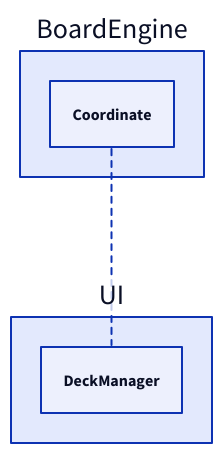
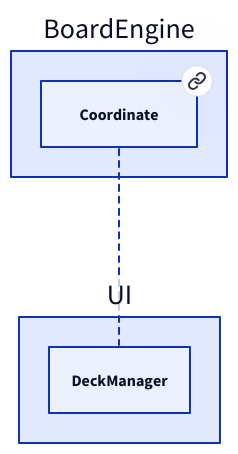
The diagram in doc/UI/DeckManager.md (Portevent/Brume-Documentation), drawn with D2 before and after one commit. The commit also changed 88 other files, not shown here.

````diff
--- a/doc/UI/DeckManager.md
+++ b/doc/UI/DeckManager.md
@@ -11,10 +11,12 @@
 ```d2
 # Nodes :
 BoardEngine: {
-    Coordinate: Coordinate
+    Coordinate: Coordinate {
+       link: Coordinate
+    }
 }
 
 # Links :
 BoardEngine.Coordinate -- UI.DeckManager: {style.stroke-dash: 3}
 
 ```
````
